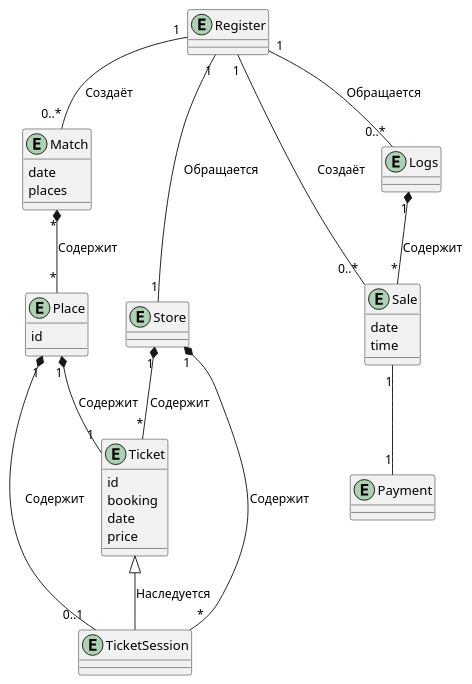
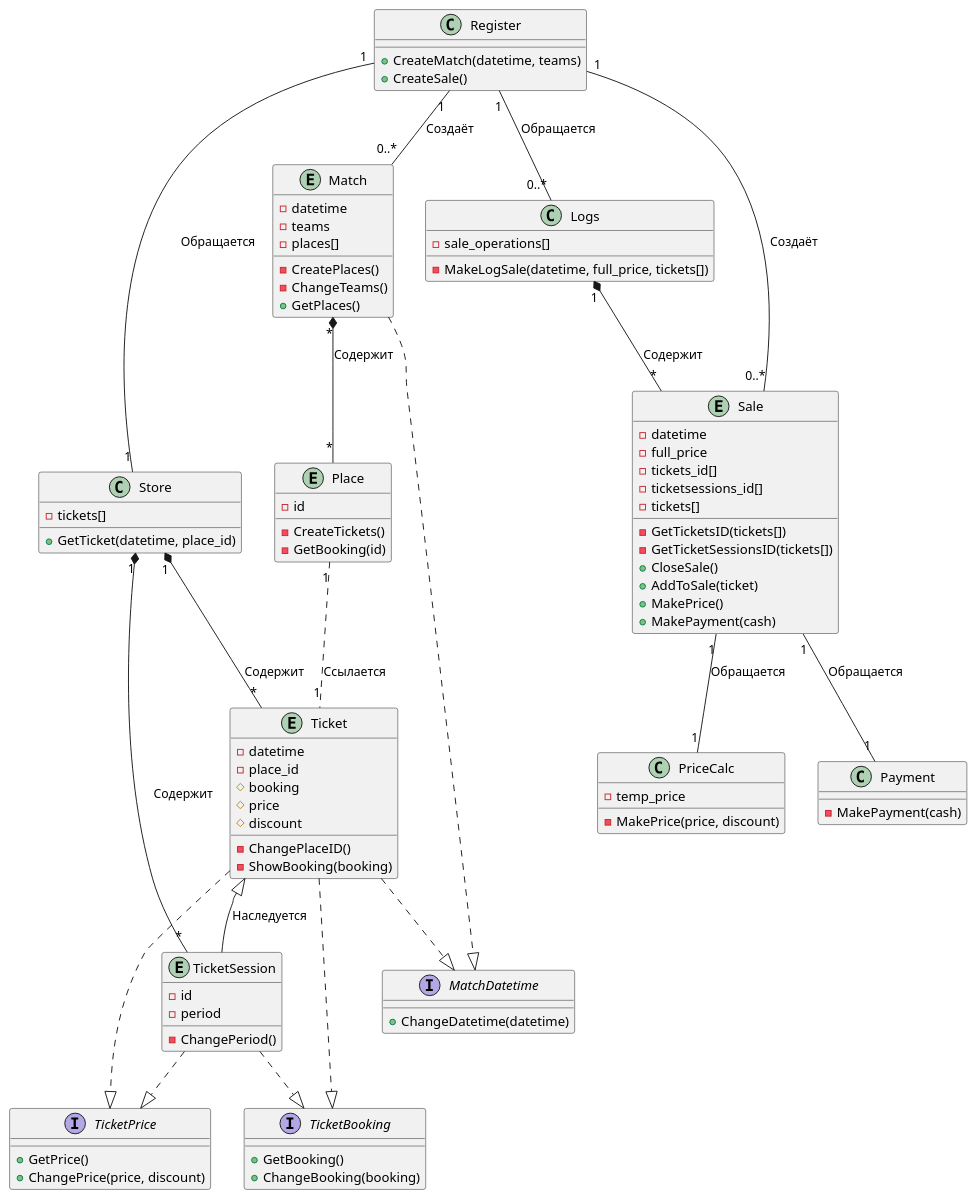
The diagram in Модель предметной области.md (penamarth/bsbo-03-23_team4_var10_football), drawn with PlantUML before and after one commit. The commit also changed 1 other file, not shown here.

Commit message:
Обновление предментной области + фикс просмтра свободных мест

````diff
--- a/Модель предметной области.md
+++ b/Модель предметной области.md
@@ -1,31 +1,91 @@
 ```plantuml
 @startuml
-entity Register
+class Register
+{
+    + CreateMatch(datetime, teams)
+    + CreateSale()
+}
 entity Match
 {
-    date
-    places
+    - datetime
+    - teams
+    - places[]
+    - CreatePlaces()
+    - ChangeTeams()
+    + GetPlaces()
 }
 entity Place
 {
-    id
+    - id
+    - CreateTickets()
+    - GetBooking(id)
 }
 entity Ticket
 {
-    id
-    booking
-    date
-    price
+    - datetime
+    - place_id
+    # booking
+    # price
+    # discount
+    - ChangePlaceID()
+    - ShowBooking(booking)
 }
 entity TicketSession
-entity Store
+{
+    - id
+    - period
+    - ChangePeriod()
+}
+class Store
+{
+    - tickets[]
+    + GetTicket(datetime, place_id)
+}
 entity Sale
 {
-    date
-    time
+    - datetime
+    - full_price
+    - tickets_id[]
+    - ticketsessions_id[]
+    - tickets[]
+    - GetTicketsID(tickets[])
+    - GetTicketSessionsID(tickets[])
+    + CloseSale()
+    + AddToSale(ticket)
+    + MakePrice()
+    + MakePayment(cash)
 }
-entity Payment
-entity Logs
+class PriceCalc
+{
+    - temp_price
+    - MakePrice(price, discount)
+}
+class Payment
+{
+    - MakePayment(cash)
+}
+class Logs
+{
+    - sale_operations[]
+    - MakeLogSale(datetime, full_price, tickets[])
+}
+
+
+interface MatchDatetime
+{
+    + ChangeDatetime(datetime)
+}
+interface TicketBooking
+{
+    + GetBooking()
+    + ChangeBooking(booking)
+}
+interface TicketPrice
+{
+    + GetPrice()
+    + ChangePrice(price, discount)
+}
+
 
 Register "1" -- "0..*" Match : Создаёт
 Register "1" -- "1" Store : Обращается
@@ -34,13 +94,21 @@
 
 Match "*" *-- "*" Place : Содержит
 Ticket <|-- TicketSession : Наследуется
-Place "1" *-- "0..1" TicketSession : Содержит
-Place "1" *-- "1" Ticket : Содержит
+Place "1" .. "1" Ticket : Ссылается
 
 Store "1" *-- "*" Ticket : Содержит
 Store "1" *-- "*" TicketSession : Содержит
 
-Sale "1" -- "1" Payment
+Sale "1" -- "1" PriceCalc : Обращается
+Sale "1" -- "1" Payment : Обращается
 Logs "1" *-- "*" Sale : Содержит
+
+Match ..|> MatchDatetime
+Ticket ..|> MatchDatetime
+
+Ticket ..|> TicketBooking
+TicketSession ..|> TicketBooking
+Ticket ..|> TicketPrice
+TicketSession ..|> TicketPrice
 @enduml
 ```
````
